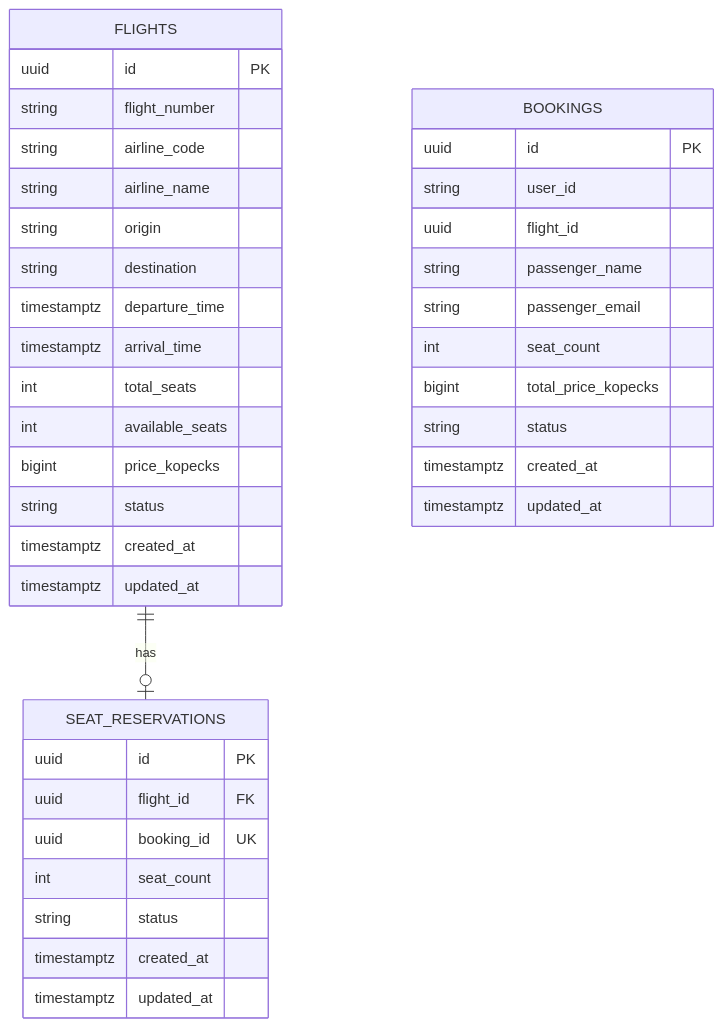
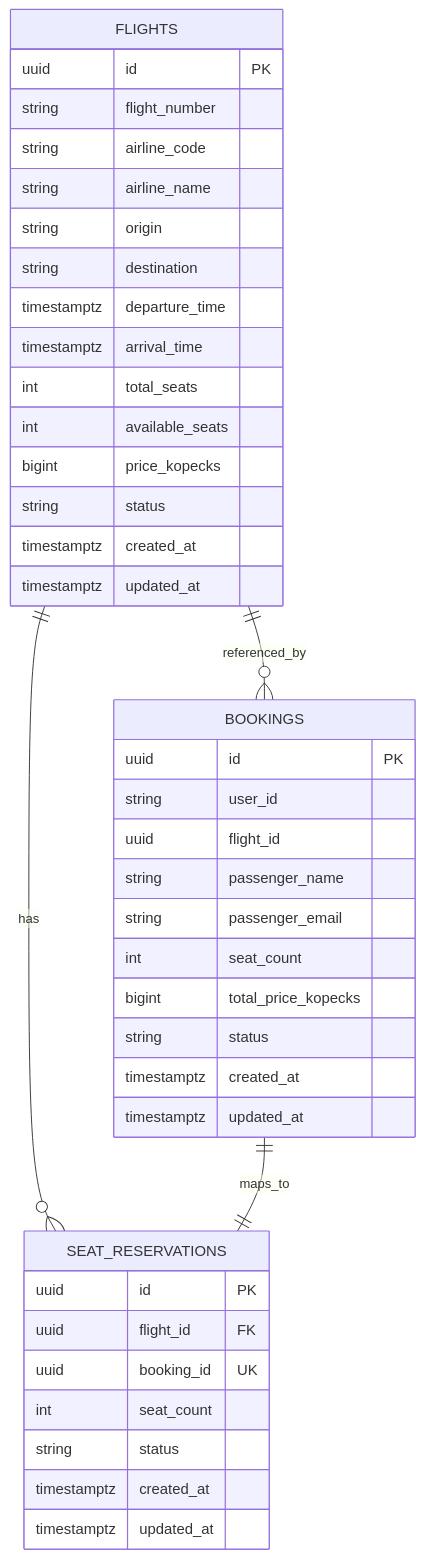
The diagram in docs/er-diagram.md (FoggGhostt/redis_grpc_hw), drawn with Mermaid before and after one commit.

Commit message:
add relations

````diff
--- a/docs/er-diagram.md
+++ b/docs/er-diagram.md
@@ -3,44 +3,46 @@
 ```mermaid
 erDiagram
-    FLIGHTS ||--o| SEAT_RESERVATIONS : has
+    FLIGHTS ||--o{ SEAT_RESERVATIONS : has
+    FLIGHTS ||--o{ BOOKINGS : referenced_by
+    BOOKINGS ||--|| SEAT_RESERVATIONS : maps_to
 
     FLIGHTS {
         uuid id PK
         string flight_number
         string airline_code
         string airline_name
         string origin
         string destination
         timestamptz departure_time
         timestamptz arrival_time
         int total_seats
         int available_seats
         bigint price_kopecks
         string status
         timestamptz created_at
         timestamptz updated_at
     }
 
     SEAT_RESERVATIONS {
         uuid id PK
         uuid flight_id FK
         uuid booking_id UK
         int seat_count
         string status
         timestamptz created_at
         timestamptz updated_at
     }
 
     BOOKINGS {
         uuid id PK
         string user_id
         uuid flight_id
         string passenger_name
         string passenger_email
         int seat_count
         bigint total_price_kopecks
         string status
         timestamptz created_at
         timestamptz updated_at
     }
 ```
````
